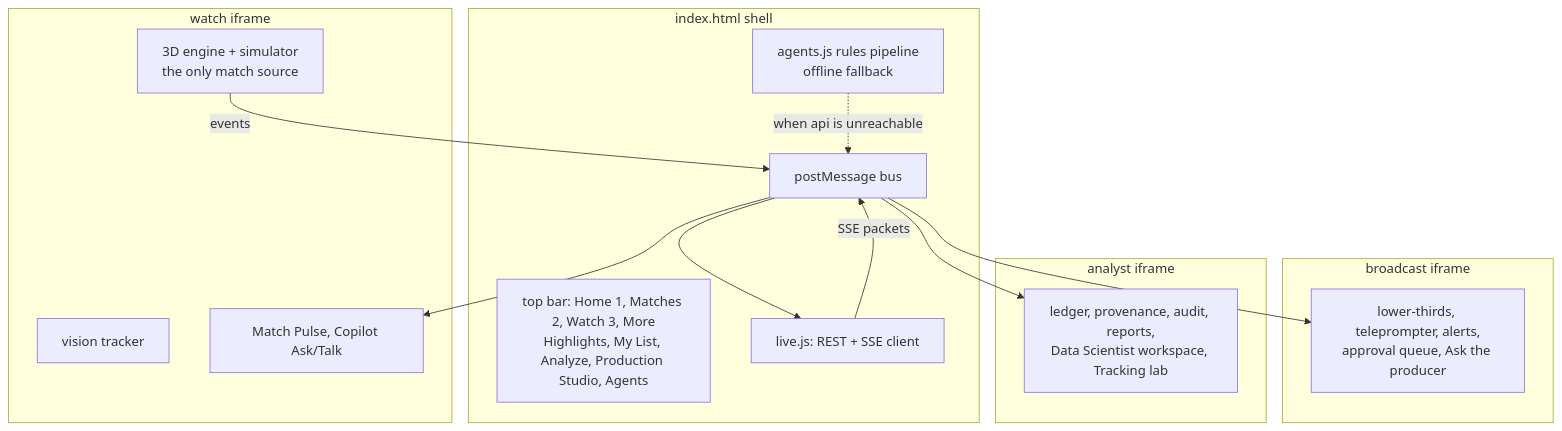
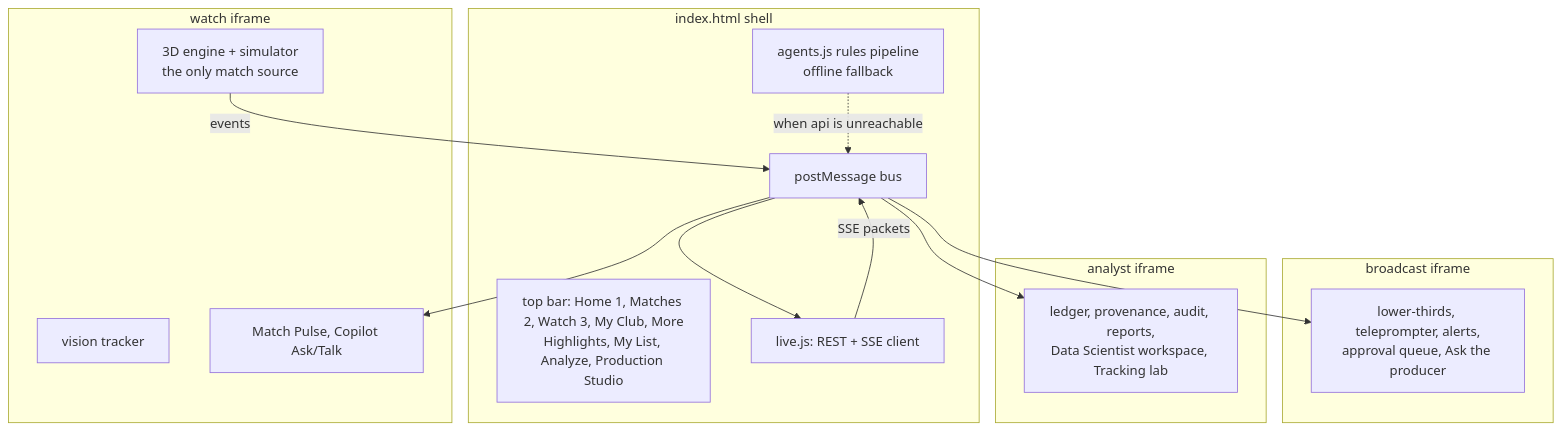
One commit to Crafted-by-Akshay/matchcast changed the diagram in docs/architecture/11-frontend.md. Above: the diagram before and after it, drawn with Mermaid. The commit also changed other lines of this file and 19 other files, not shown here.

````diff
--- a/docs/architecture/11-frontend.md
+++ b/docs/architecture/11-frontend.md
@@ -7,27 +7,27 @@
 ```mermaid
 flowchart TB
   subgraph Shell[index.html shell]
-    bar[top bar: Home 1, Matches 2, Watch 3, More<br/>Highlights, My List, Analyze, Production Studio, Agents]
+    bar[top bar: Home 1, Matches 2, Watch 3, My Club, More<br/>Highlights, My List, Analyze, Production Studio]
     bus[postMessage bus]
     live[live.js: REST + SSE client]
     ag[agents.js rules pipeline<br/>offline fallback]
   end
   subgraph W[watch iframe]
     eng[3D engine + simulator<br/>the only match source]
     vis[vision tracker]
     pulse[Match Pulse, Copilot Ask/Talk]
   end
   subgraph B[broadcast iframe]
     lt[lower-thirds, teleprompter, alerts,<br/>approval queue, Ask the producer]
   end
   subgraph A[analyst iframe]
     led[ledger, provenance, audit, reports,<br/>Data Scientist workspace, Tracking lab]
   end
   eng -- events --> bus
   bus --> live
   live -- SSE packets --> bus
   bus --> pulse
   bus --> lt
   bus --> led
   ag -. when api is unreachable .-> bus
 ```
````
